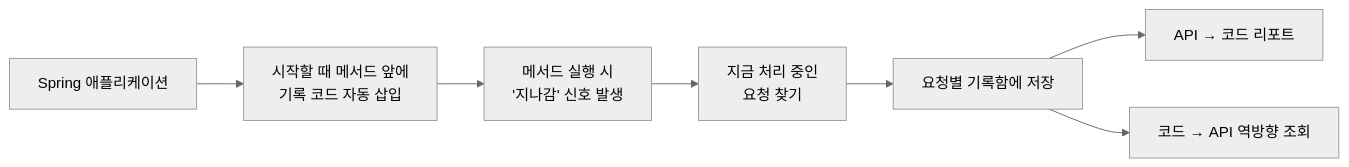
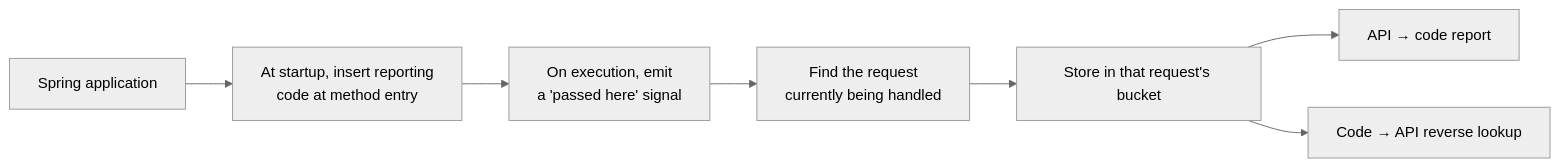
The diagram in README.md (reqover-labs/reqover), drawn with Mermaid (neutral theme) before and after one commit. The commit also changed other lines of this file and 5 other files, not shown here.

````diff
--- a/README.md
+++ b/README.md
@@ -149,9 +153,9 @@
 ```mermaid
 flowchart LR
-  A["Spring 애플리케이션"] --> B["시작할 때 메서드 앞에<br/>기록 코드 자동 삽입"]
-  B --> C["메서드 실행 시<br/>'지나감' 신호 발생"]
-  C --> D["지금 처리 중인<br/>요청 찾기"]
-  D --> E["요청별 기록함에 저장"]
-  E --> F["API → 코드 리포트"]
-  E --> G["코드 → API 역방향 조회"]
+  A["Spring application"] --> B["At startup, insert reporting<br/>code at method entry"]
+  B --> C["On execution, emit<br/>a 'passed here' signal"]
+  C --> D["Find the request<br/>currently being handled"]
+  D --> E["Store in that request's bucket"]
+  E --> F["API → code report"]
+  E --> G["Code → API reverse lookup"]
 ```
````
